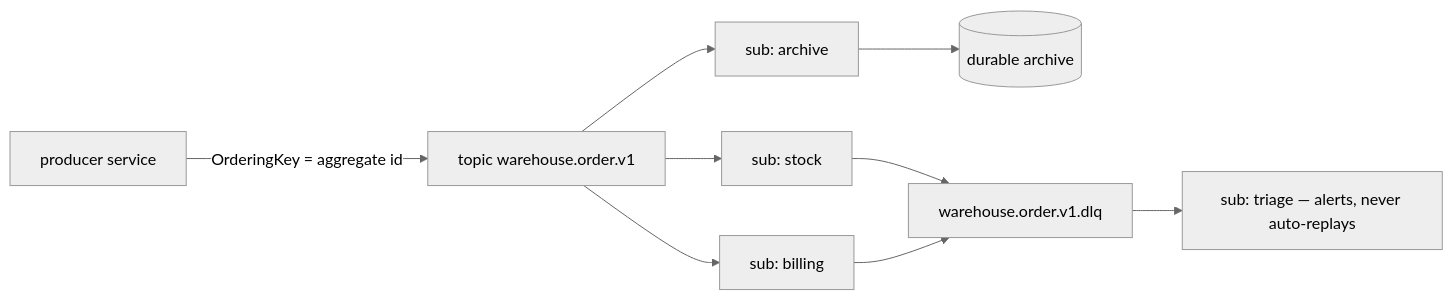
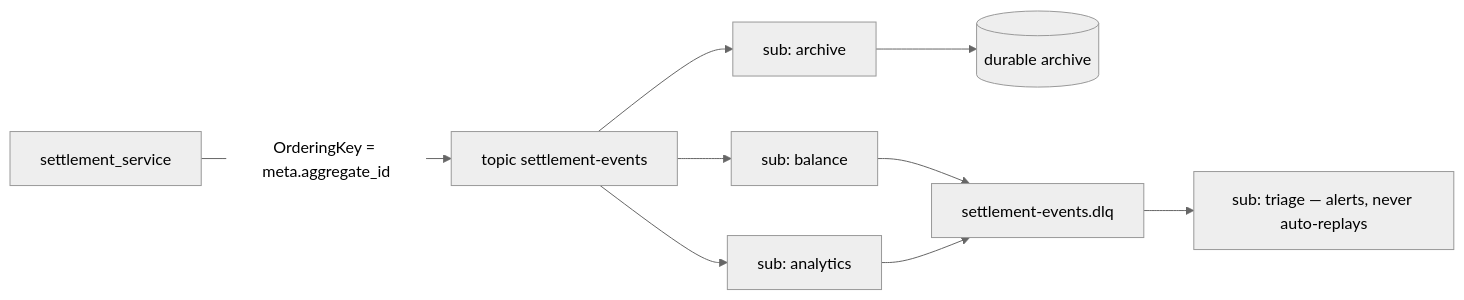
One commit to pdcgo/warehouse_revamp changed the third of 4 diagrams in docs/technical/event_architecture/context_clarify.md. Above: the diagram before and after it, drawn with Mermaid (neutral theme). The commit also changed other lines of this file and 23 other files, not shown here.

````diff
--- a/docs/technical/event_architecture/context_clarify.md
+++ b/docs/technical/event_architecture/context_clarify.md
@@ -95,11 +213,11 @@
 ```mermaid
 flowchart LR
-  P["producer service"] -->|"OrderingKey = aggregate id"| T["topic warehouse.order.v1"]
-  T --> S1["sub: stock"]
-  T --> S2["sub: billing"]
+  P["settlement_service"] -->|"OrderingKey = meta.aggregate_id"| T["topic settlement-events"]
+  T --> S1["sub: balance"]
+  T --> S2["sub: analytics"]
   T --> S3["sub: archive"]
   S3 --> BQ[("durable archive")]
-  S1 --> D["warehouse.order.v1.dlq"]
+  S1 --> D["settlement-events.dlq"]
   S2 --> D
   D --> DS["sub: triage — alerts, never auto-replays"]
 ```
````
